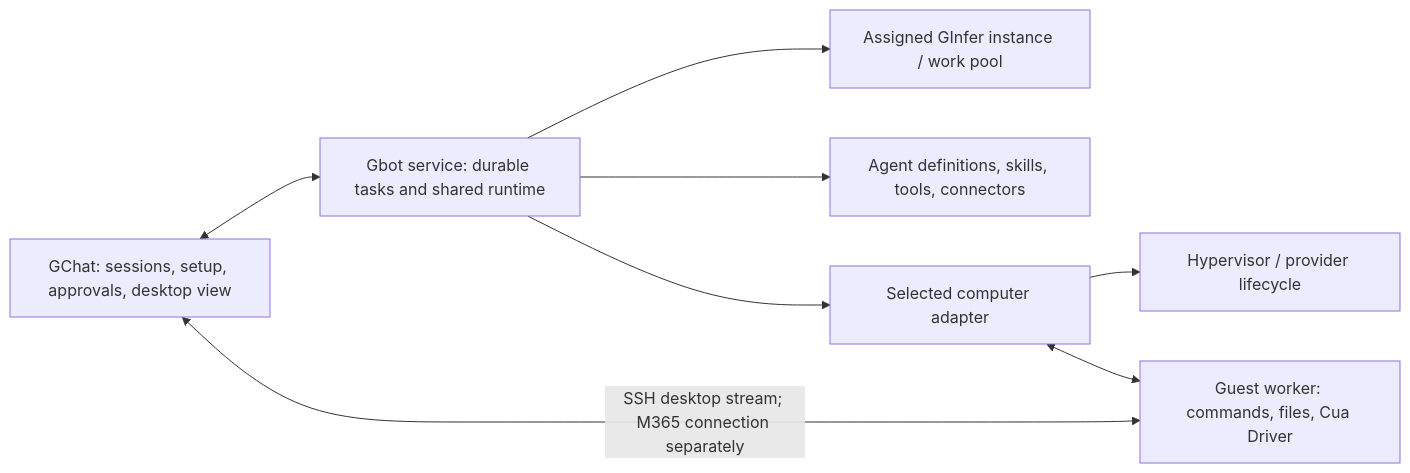
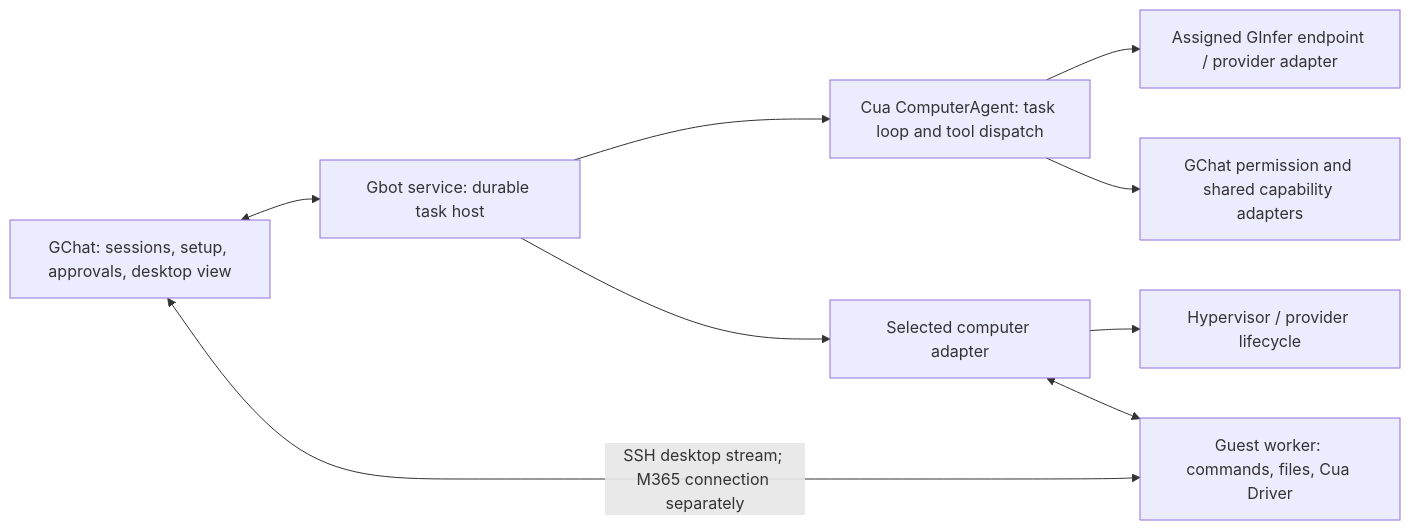
Before and after one commit to Gadflyii/GChat: the diagram in docs/gbot/README.md, drawn with Mermaid. The commit also changed other lines of this file and 3 other files, not shown here.

Commit message:
docs(gbot): map Cua ownership and minimal integration

````diff
--- a/docs/gbot/README.md
+++ b/docs/gbot/README.md
@@ -119,10 +118,11 @@
 ```mermaid
 flowchart LR
-    Chat["GChat: sessions, setup, approvals, desktop view"] <--> Bot["Gbot service: durable tasks and shared runtime"]
-    Bot --> Inference["Assigned GInfer instance / work pool"]
-    Bot --> Shared["Agent definitions, skills, tools, connectors"]
+    Chat["GChat: sessions, setup, approvals, desktop view"] <--> Bot["Gbot service: durable task host"]
+    Bot --> Cua["Cua ComputerAgent: task loop and tool dispatch"]
+    Cua --> Inference["Assigned GInfer endpoint / provider adapter"]
+    Cua --> Shared["GChat permission and shared capability adapters"]
     Bot --> Workspace["Selected computer adapter"]
     Workspace --> Lifecycle["Hypervisor / provider lifecycle"]
     Workspace <--> Worker["Guest worker: commands, files, Cua Driver"]
     Chat <-->|"SSH desktop stream; M365 connection separately"| Worker
 ```
````
